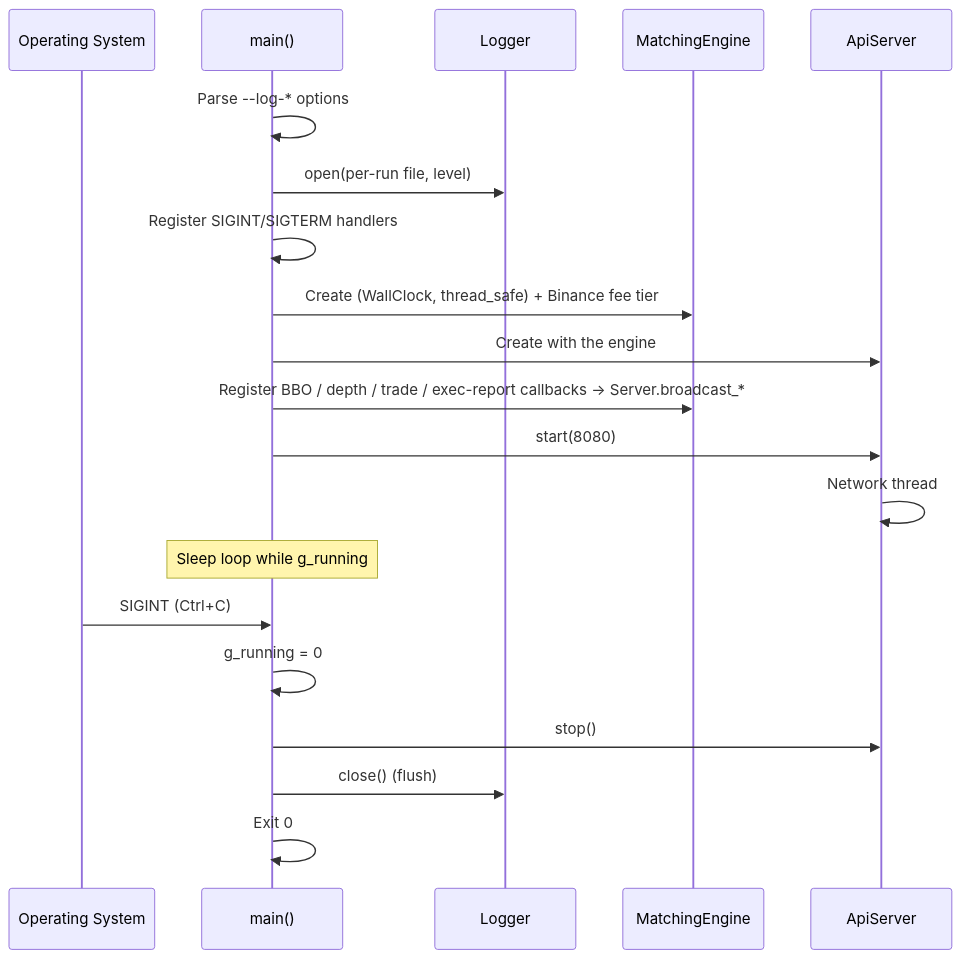
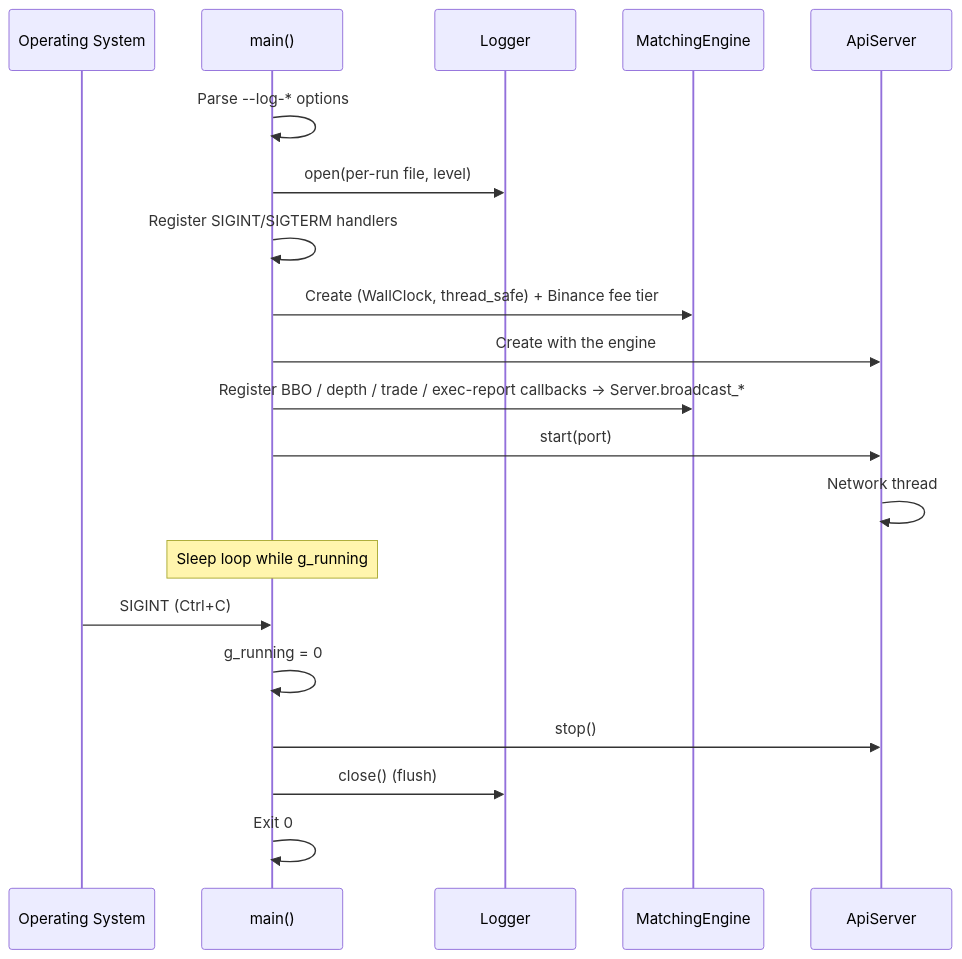
One commit to Rishav123raj/BlockSprint changed the diagram in explanations/main.md. Above: the diagram before and after it, drawn with Mermaid. The commit also changed other lines of this file and 12 other files, not shown here.

````diff
--- a/explanations/main.md
+++ b/explanations/main.md
@@ -37,25 +41,25 @@
 ```mermaid
 sequenceDiagram
     participant OS as Operating System
     participant Main as main()
     participant Log as Logger
     participant ME as MatchingEngine
     participant Server as ApiServer
 
     Main->>Main: Parse --log-* options
     Main->>Log: open(per-run file, level)
     Main->>Main: Register SIGINT/SIGTERM handlers
     Main->>ME: Create (WallClock, thread_safe) + Binance fee tier
     Main->>Server: Create with the engine
     Main->>ME: Register BBO / depth / trade / exec-report callbacks -> Server.broadcast_*
-    Main->>Server: start(8080)
+    Main->>Server: start(port)
     Server->>Server: Network thread
 
     Note over Main: Sleep loop while g_running
 
     OS->>Main: SIGINT (Ctrl+C)
     Main->>Main: g_running = 0
     Main->>Server: stop()
     Main->>Log: close() (flush)
     Main->>Main: Exit 0
 ```
````
